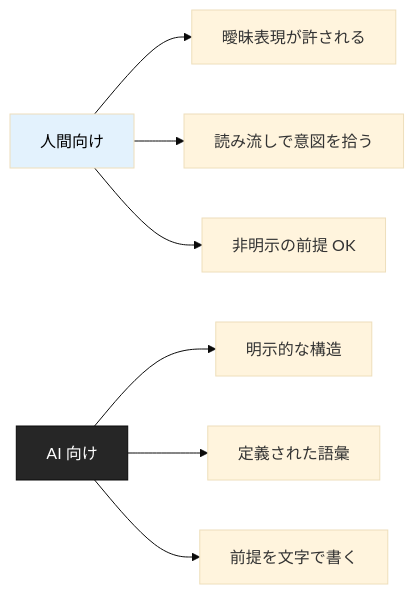
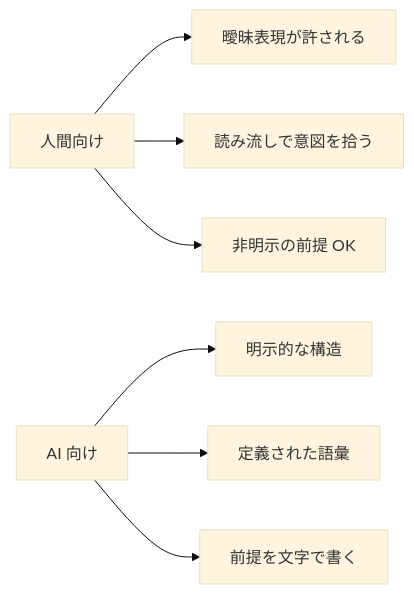
One commit to dinekt/dinekt-wiki changed the first of 2 diagrams in docs/techniques/ai-エージェントが読みやすいドキュメントの書き方.md. Above: the diagram before and after it, drawn with Mermaid (base theme). The commit also changed other lines of this file and 70 other files, not shown here.

First line of the commit message:
fix(mermaid): strip all inline styling, rely on theme

````diff
--- a/docs/techniques/ai-エージェントが読みやすいドキュメントの書き方.md
+++ b/docs/techniques/ai-エージェントが読みやすいドキュメントの書き方.md
@@ -23,13 +23,11 @@
 ```mermaid
 flowchart LR
     H[人間向け] --> A1[曖昧表現が許される]
     H --> A2[読み流しで意図を拾う]
     H --> A3[非明示の前提 OK]
 
     AI[AI 向け] --> B1[明示的な構造]
     AI --> B2[定義された語彙]
     AI --> B3[前提を文字で書く]
 
-    style H fill:#e3f2fd,color:#000
-    style AI fill:#262626,color:#fff,stroke:#0a0a0a
 ```
````
